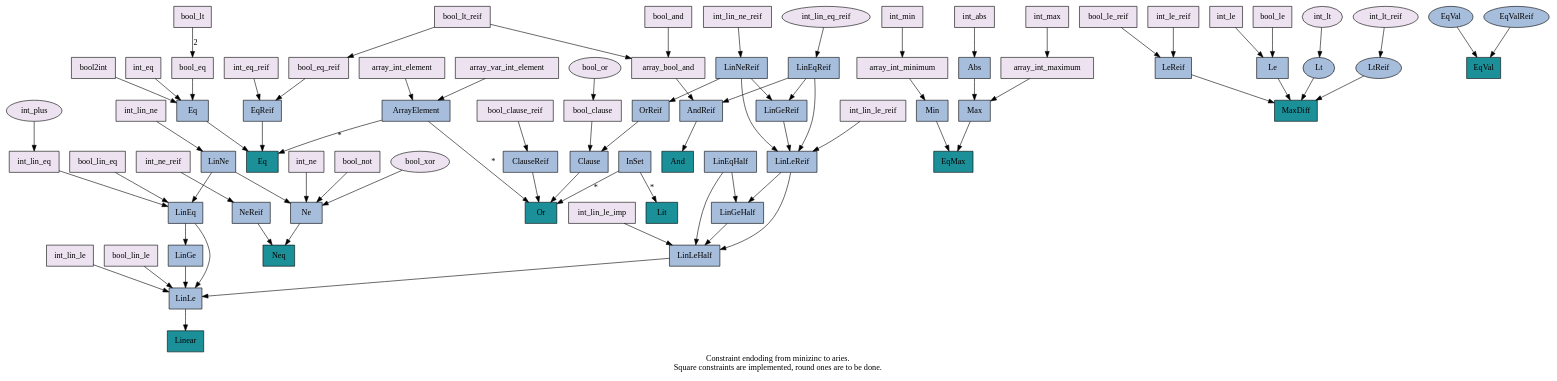
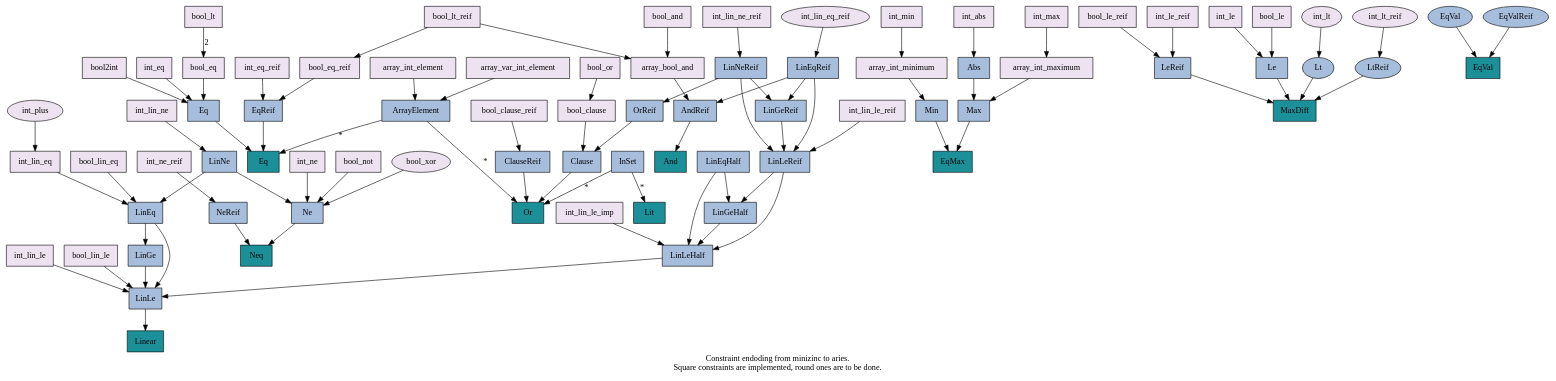
One commit to plaans/aries changed the diagram in aries_fzn/doc/constraints.gv. Above: the diagram before and after it, drawn with Graphviz. The commit also changed 1 other file, not shown here.

Commit message:
Redefined flatzinc constraint bool_or.

```diff
--- a/aries_fzn/doc/constraints.gv
+++ b/aries_fzn/doc/constraints.gv
@@ -1,196 +1,196 @@
 // This document describes constraint encoding from minizinc to aries.
 // Use Graphviz to generate the graph.
 
 digraph constraints {
     label="Constraint endoding from minizinc to aries.\nSquare constraints are implemented, round ones are to be done."
     node [shape=rectangle colorscheme=pubugn3 style=filled] 
 
     // ---------- Minizinc ----------
     {
         node [fillcolor=1]
         mzn_array_int_element [label="array_int_element"]
         mzn_array_int_maximum [label="array_int_maximum"]
         mzn_array_int_minimum [label="array_int_minimum"]
         mzn_array_var_int_element [label="array_var_int_element"]
         mzn_int_abs [label="int_abs"]
         // mzn_int_div [label="int_div"] [shape=ellipse]
         mzn_int_eq [label="int_eq"]
         mzn_int_eq_reif [label="int_eq_reif"]
         mzn_int_le [label="int_le"]
         mzn_int_le_reif [label="int_le_reif"]
         mzn_int_lin_eq [label="int_lin_eq"]
         mzn_int_lin_eq_reif [label="int_lin_eq_reif"] [shape=ellipse]
         mzn_int_lin_le [label="int_lin_le"]
         mzn_int_lin_le_imp [label="int_lin_le_imp"]
         mzn_int_lin_le_reif [label="int_lin_le_reif"]
         mzn_int_lin_ne [label="int_lin_ne"]
         mzn_int_lin_ne_reif [label="int_lin_ne_reif"]
         mzn_int_lt [label="int_lt"] [shape=ellipse]
         mzn_int_lt_reif [label="int_lt_reif"] [shape=ellipse]
         mzn_int_max [label="int_max"]
         mzn_int_min [label="int_min"]
         // mzn_int_mod [label="int_mod"] [shape=ellipse]
         mzn_int_ne [label="int_ne"]
         mzn_int_ne_reif [label="int_ne_reif"]
         mzn_int_plus [label="int_plus"] [shape=ellipse]
         // mzn_int_pow [label="int_pow"] [shape=ellipse]
         // mzn_int_times [label="int_times"] [shape=ellipse]
         // mzn_set_in [label="set_in"] [shape=ellipse]
         mzn_array_bool_and [label="array_bool_and"]
         // mzn_array_bool_element [label="array_bool_element"] [shape=ellipse]
         // mzn_array_bool_xor [label="array_bool_xor"] [shape=ellipse]
         // mzn_array_var_bool_element [label="array_var_bool_element"] [shape=ellipse]
         mzn_bool_and [label="bool_and"]
         mzn_bool_clause [label="bool_clause"]
         mzn_bool_clause_reif [label="bool_clause_reif"]
         mzn_bool_eq [label="bool_eq"]
         mzn_bool_eq_reif [label="bool_eq_reif"]
         mzn_bool_le [label="bool_le"]
         mzn_bool_le_reif [label="bool_le_reif"]
         mzn_bool_lin_eq [label="bool_lin_eq"]
         mzn_bool_lin_le [label="bool_lin_le"]
         mzn_bool_lt [label="bool_lt"]
         mzn_bool_lt_reif [label="bool_lt_reif"]
         mzn_bool_not [label="bool_not"]
-        mzn_bool_or [label="bool_or"] [shape=ellipse]
+        mzn_bool_or [label="bool_or"]
         mzn_bool_xor [label="bool_xor"] [shape=ellipse]
         // mzn_bool_xor_reif [label="bool_xor_reif"] [shape=ellipse]
         mzn_bool2int [label="bool2int"]
     }
         
 
     // ---------- Solver API ----------
     {
         node [fillcolor=2]
         api_Abs [label="Abs"]
         api_AndReif [label="AndReif"]
         api_ArrayElement [label="ArrayElement"]
         api_Clause [label="Clause"]
         api_ClauseReif [label="ClauseReif"]
         api_Eq [label="Eq"]
         api_EqReif [label="EqReif"]
         api_EqVal [label="EqVal"] [shape=ellipse]
         api_EqValReif [label="EqValReif"] [shape=ellipse]
         api_InSet [label="InSet"]
         api_Le [label="Le"]
         api_LeReif [label="LeReif"]
         api_LinEq [label="LinEq"]
         api_LinEqHalf [label="LinEqHalf"]
         api_LinEqReif [label="LinEqReif"]
         api_LinGe [label="LinGe"]
         api_LinGeHalf [label="LinGeHalf"]
         api_LinGeReif [label="LinGeReif"]
         api_LinLe [label="LinLe"]
         api_LinLeHalf [label="LinLeHalf"]
         api_LinLeReif [label="LinLeReif"]
         api_LinNe [label="LinNe"]
         api_LinNeReif [label="LinNeReif"]
         api_Lt [label="Lt"] [shape=ellipse]
         api_LtReif [label="LtReif"] [shape=ellipse]
         api_Max [label="Max"]
         api_Min [label="Min"]
         api_Ne [label="Ne"]
         api_NeReif [label="NeReif"]
         api_OrReif [label="OrReif"]
     }
 
     // ---------- Solver ----------
     {
         node [fillcolor=3]
         // sol_Alternative [label="Alternative"]
         sol_And [label="And"]
         sol_Eq [label="Eq"]
         sol_EqMax [label="EqMax"]
         sol_EqVal [label="EqVal"]
         // sol_EqVarMulLit [label="EqVarMulLit"]
         sol_Linear [label="Linear"]
         sol_Lit [label="Lit"]
         sol_MaxDiff [label="MaxDiff"] // b - a <= ub
         sol_Neq [label="Neq"]
         // sol_NeqVal [label="NeqVal"]
         sol_Or [label="Or"]
     }
 
     // ---------- Minizinc ----------
     mzn_array_int_element -> api_ArrayElement
     mzn_array_int_maximum -> api_Max
     mzn_array_int_minimum -> api_Min
     mzn_array_var_int_element -> api_ArrayElement
     mzn_int_abs -> api_Abs
     // mzn_int_div
     mzn_int_eq -> api_Eq
     mzn_int_eq_reif -> api_EqReif
     mzn_int_le -> api_Le
     mzn_int_le_reif -> api_LeReif
     mzn_int_lin_eq -> api_LinEq
     mzn_int_lin_eq_reif -> api_LinEqReif
     mzn_int_lin_le -> api_LinLe
     mzn_int_lin_le_imp -> api_LinLeHalf
     mzn_int_lin_le_reif -> api_LinLeReif
     mzn_int_lin_ne -> api_LinNe
     mzn_int_lin_ne_reif -> api_LinNeReif
     mzn_int_lt -> api_Lt
     mzn_int_lt_reif -> api_LtReif
     mzn_int_max -> mzn_array_int_maximum
     mzn_int_min -> mzn_array_int_minimum
     // mzn_int_mod
     mzn_int_ne -> api_Ne
     mzn_int_ne_reif -> api_NeReif
     mzn_int_plus -> mzn_int_lin_eq
     // mzn_int_pow
     // mzn_int_times
     // mzn_set_in
 
     mzn_array_bool_and -> api_AndReif
     // mzn_array_bool_element
     // mzn_array_bool_xor
     // mzn_array_var_bool_element
     mzn_bool_and -> mzn_array_bool_and
     mzn_bool_clause -> api_Clause
     mzn_bool_clause_reif -> api_ClauseReif
     mzn_bool_eq -> api_Eq
     mzn_bool_eq_reif -> api_EqReif
     mzn_bool_le -> api_Le
     mzn_bool_le_reif -> api_LeReif
     mzn_bool_lin_eq -> api_LinEq
     mzn_bool_lin_le -> api_LinLe
     mzn_bool_lt -> mzn_bool_eq [label="2"]
     mzn_bool_lt_reif -> { mzn_array_bool_and; mzn_bool_eq_reif }
     mzn_bool_not -> api_Ne
     mzn_bool_or -> mzn_bool_clause
     mzn_bool_xor -> api_Ne
     // mzn_bool_xor_reif
     mzn_bool2int -> api_Eq
 
     // ---------- Solver API ----------
     api_Abs -> api_Max
     api_AndReif -> sol_And
     api_ArrayElement -> { sol_Eq; sol_Or } [label="*"]
     api_Clause -> sol_Or
     api_ClauseReif -> sol_Or
     api_Eq -> sol_Eq
     api_EqReif -> sol_Eq
     api_EqVal -> sol_EqVal
     api_EqValReif -> sol_EqVal
     api_InSet -> { sol_Or; sol_Lit } [label="*"]
     api_Le -> sol_MaxDiff
     api_LeReif -> sol_MaxDiff
     api_LinEq -> { api_LinLe; api_LinGe }
     api_LinEqHalf -> { api_LinLeHalf; api_LinGeHalf }
     api_LinEqReif -> { api_LinLeReif; api_LinGeReif; api_AndReif }
     api_LinGe -> api_LinLe
     api_LinGeHalf -> api_LinLeHalf
     api_LinGeReif -> api_LinLeReif
     api_LinLe -> sol_Linear
     api_LinLeHalf -> api_LinLe
     api_LinLeReif -> { api_LinLeHalf; api_LinGeHalf }
     api_LinNe -> { api_LinEq; api_Ne }
     api_LinNeReif -> { api_LinLeReif; api_LinGeReif; api_OrReif }
     api_Lt -> sol_MaxDiff
     api_LtReif -> sol_MaxDiff
     api_Max -> sol_EqMax
     api_Min -> sol_EqMax
     api_Ne -> sol_Neq
     api_NeReif -> sol_Neq
     api_OrReif -> api_Clause
 }
```
